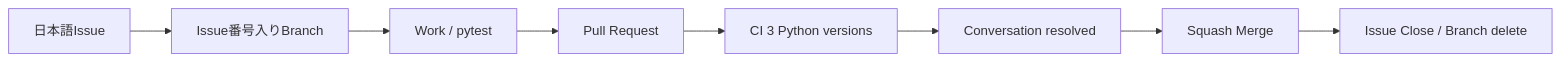
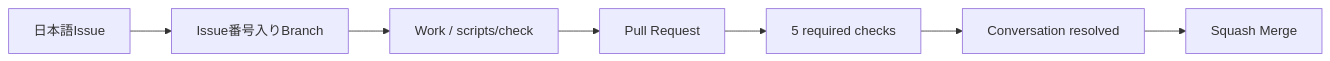
The fifth of 5 diagrams in docs/GITHUB-SETUP.md (k-systems202208/python-sqlite-tailscale-webapp-template), drawn with Mermaid before and after one commit. The commit also changed other lines of this file and 42 other files, not shown here.

````diff
--- a/docs/GITHUB-SETUP.md
+++ b/docs/GITHUB-SETUP.md
@@ -190,10 +183,9 @@
 ```mermaid
 flowchart LR
     I["日本語Issue"] --> B["Issue番号入りBranch"]
-    B --> W["Work / pytest"]
+    B --> W["Work / scripts/check"]
     W --> P["Pull Request"]
-    P --> C["CI 3 Python versions"]
+    P --> C["5 required checks"]
     C --> R["Conversation resolved"]
     R --> M["Squash Merge"]
-    M --> D["Issue Close / Branch delete"]
 ```
````
